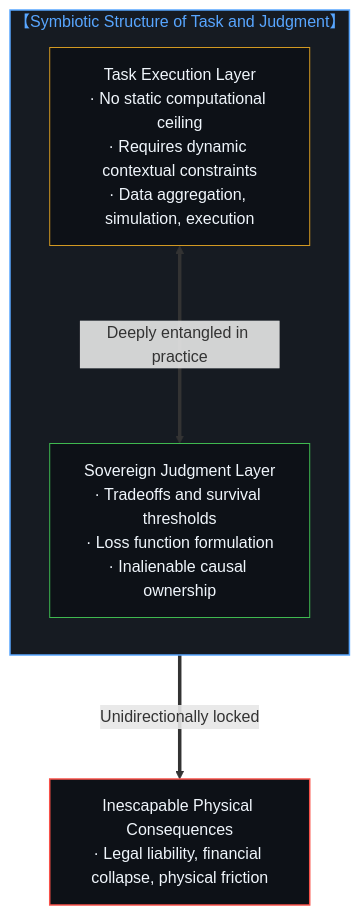
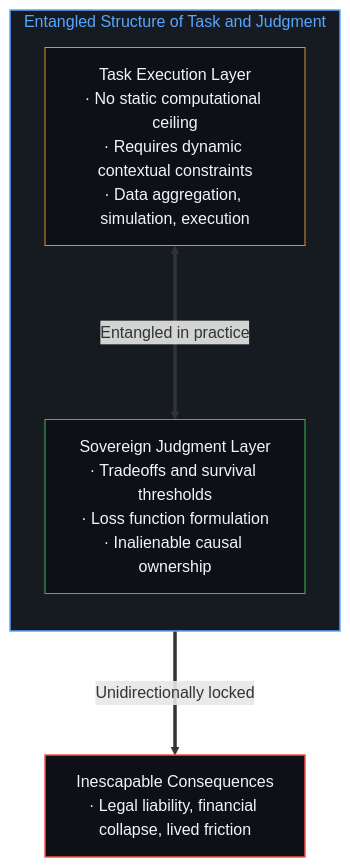
One commit to powerpig99/not-a-toe changed the fourth of 12 diagrams in content/posts/the-delegation-of-the-task-and-the-inalienability-of-consequences.md. Above: the diagram before and after it, drawn with Mermaid. The commit also changed other lines of this file and 1 other file, not shown here.

Commit message:
Refine L1 #8 (Wave 3): the-delegation-of-the-task-and-the-inalienability-of-consequences

````diff
--- a/content/posts/the-delegation-of-the-task-and-the-inalienability-of-consequences.md
+++ b/content/posts/the-delegation-of-the-task-and-the-inalienability-of-consequences.md
@@ -111,15 +111,15 @@
 ```mermaid
-graph TD
-    subgraph Delegation_Reality_EN["【Symbiotic Structure of Task and Judgment】"]
+flowchart TD
+    subgraph S_Delegation["Entangled Structure of Task and Judgment"]
         direction TB
-        T_EN["Task Execution Layer<br/>· No static computational ceiling<br/>· Requires dynamic contextual constraints<br/>· Data aggregation, simulation, execution"]
-        J_EN["Sovereign Judgment Layer<br/>· Tradeoffs and survival thresholds<br/>· Loss function formulation<br/>· Inalienable causal ownership"]
-        T_EN <===>|"Deeply entangled in practice"| J_EN
+        T["Task Execution Layer<br/>· No static computational ceiling<br/>· Requires dynamic contextual constraints<br/>· Data aggregation, simulation, execution"]
+        J["Sovereign Judgment Layer<br/>· Tradeoffs and survival thresholds<br/>· Loss function formulation<br/>· Inalienable causal ownership"]
+        T <===>|"Entangled in practice"| J
     end
-    J_EN ===>|"Unidirectionally locked"| R_EN["Inescapable Physical Consequences<br/>· Legal liability, financial collapse, physical friction"]
+    J ===>|"Unidirectionally locked"| R["Inescapable Consequences<br/>· Legal liability, financial collapse, lived friction"]
 
-    style Delegation_Reality_EN fill:#161b22,stroke:#58a6ff,stroke-width:1.5px,color:#58a6ff
-    style T_EN fill:#0d1117,stroke:#d29922,stroke-width:1px,color:#f0f6fc
-    style J_EN fill:#0d1117,stroke:#3fb950,stroke-width:1px,color:#f0f6fc
-    style R_EN fill:#0d1117,stroke:#f85149,stroke-width:1.5px,color:#f0f6fc
+    style S_Delegation fill:#161b22,stroke:#58a6ff,stroke-width:1.5px,color:#58a6ff
+    style T fill:#0d1117,stroke:#d29922,stroke-width:1px,color:#f0f6fc
+    style J fill:#0d1117,stroke:#3fb950,stroke-width:1px,color:#f0f6fc
+    style R fill:#0d1117,stroke:#f85149,stroke-width:1.5px,color:#f0f6fc
 ```
````
